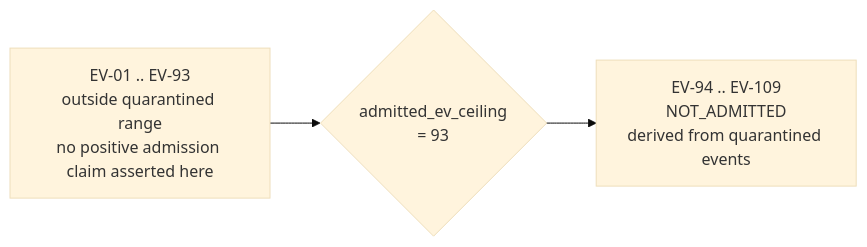
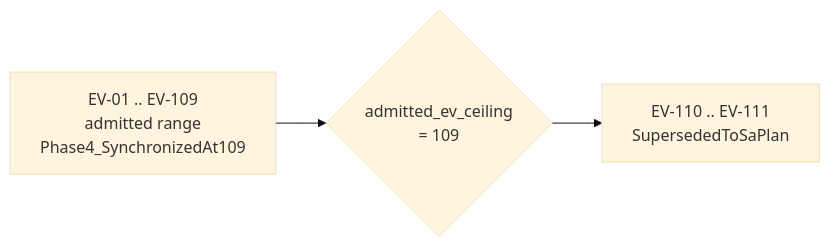
One commit to Anaik7799/uos changed the first of 2 diagrams in contracts/rules/20260908-0912-provenance-integrity-contract.md. Above: the diagram before and after it, drawn with Mermaid (base theme). The commit also changed other lines of this file and 31 other files, not shown here.

Commit message:
feat(provenance): elevate admitted_ev_ceiling 93->109 & unify AK-47 single-source Lean 4 controller (SC-PROVENANCE-001)

````diff
--- a/contracts/rules/20260908-0912-provenance-integrity-contract.md
+++ b/contracts/rules/20260908-0912-provenance-integrity-contract.md
@@ -45,8 +44,8 @@
 ```mermaid
 graph LR
-    LOW["EV-01 .. EV-93<br/>outside quarantined range<br/>no positive admission claim asserted here"]
-    CEIL{"admitted_ev_ceiling<br/>= 93"}
-    HIGH["EV-94 .. EV-109<br/>NOT_ADMITTED<br/>derived from quarantined events"]
+    LOW["EV-01 .. EV-109<br/>admitted range<br/>Phase4_SynchronizedAt109"]
+    CEIL{"admitted_ev_ceiling<br/>= 109"}
+    HIGH["EV-110 .. EV-111<br/>SupersededToSaPlan"]
     LOW --> CEIL
     CEIL --> HIGH
 ```
````
